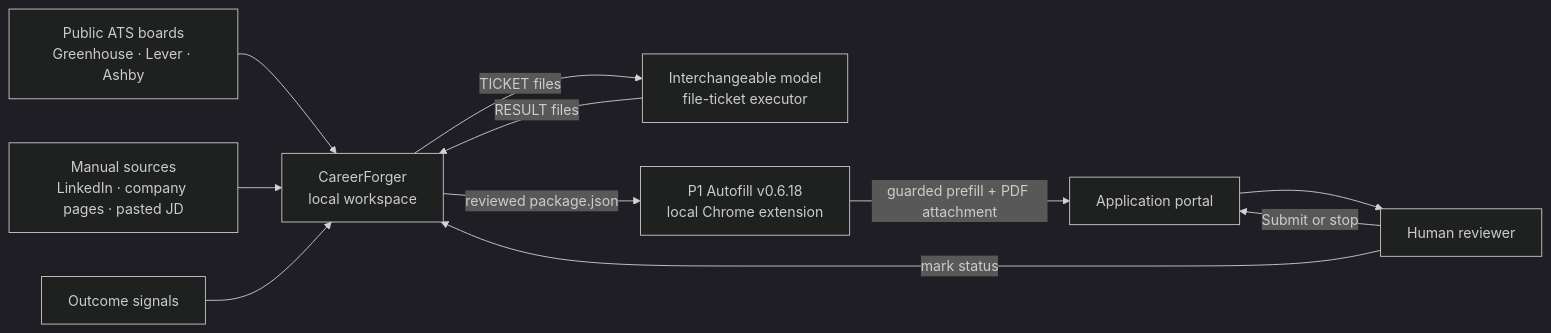
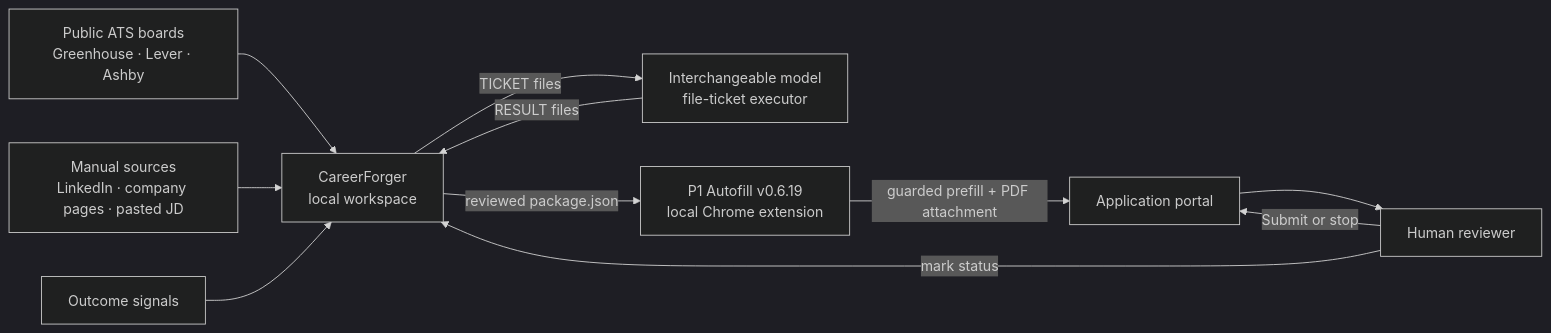
One commit to devothamgn321/CareerForger changed the first of 4 diagrams in docs/ARCHITECTURE.md. Above: the diagram before and after it, drawn with Mermaid (dark theme). The commit also changed other lines of this file and 7 other files, not shown here.

````diff
--- a/docs/ARCHITECTURE.md
+++ b/docs/ARCHITECTURE.md
@@ -117,22 +117,22 @@
 ```mermaid
 flowchart LR
     ATS[Public ATS boards<br/>Greenhouse · Lever · Ashby]
     MANUAL[Manual sources<br/>LinkedIn · company pages · pasted JD]
     CF[CareerForger<br/>local workspace]
     MODEL[Interchangeable model<br/>file-ticket executor]
-    EXT[P1 Autofill v0.6.18<br/>local Chrome extension]
+    EXT[P1 Autofill v0.6.19<br/>local Chrome extension]
     PORTAL[Application portal]
     HUMAN[Human reviewer]
     OUTCOME[Outcome signals]
 
     ATS --> CF
     MANUAL --> CF
     CF -->|TICKET files| MODEL
     MODEL -->|RESULT files| CF
     CF -->|reviewed package.json| EXT
     EXT -->|guarded prefill + PDF attachment| PORTAL
     PORTAL --> HUMAN
     HUMAN -->|Submit or stop| PORTAL
     HUMAN -->|mark status| CF
     OUTCOME --> CF
 ```
````
